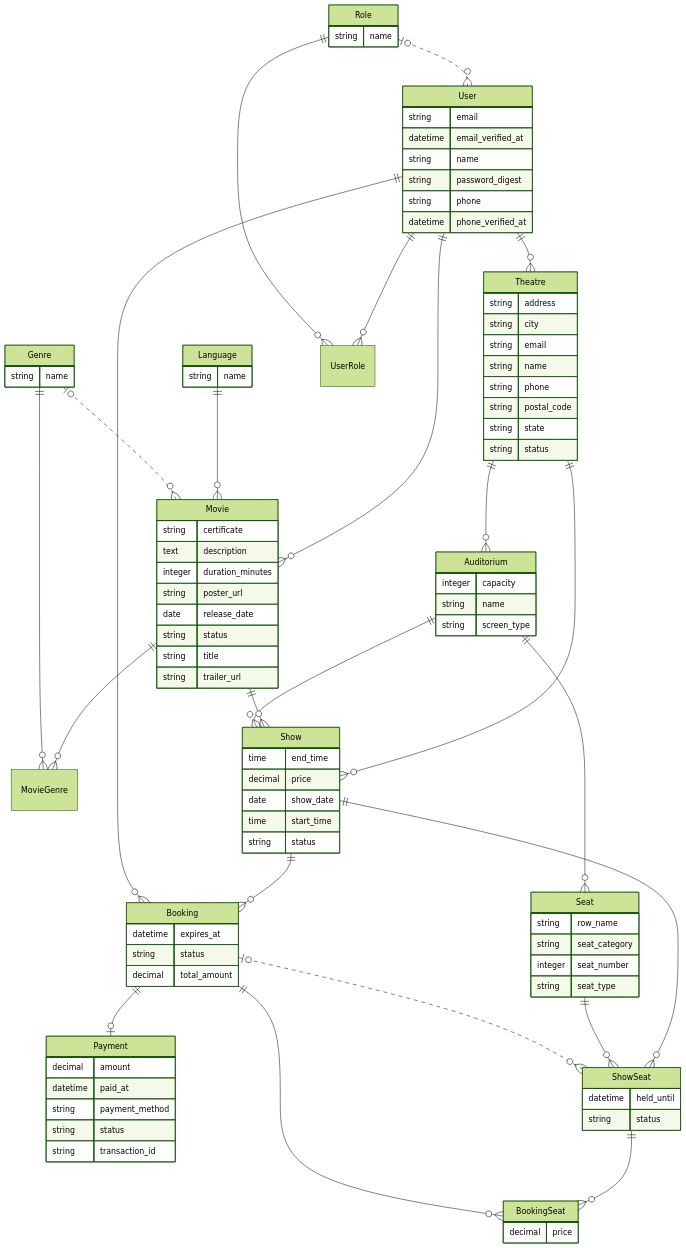
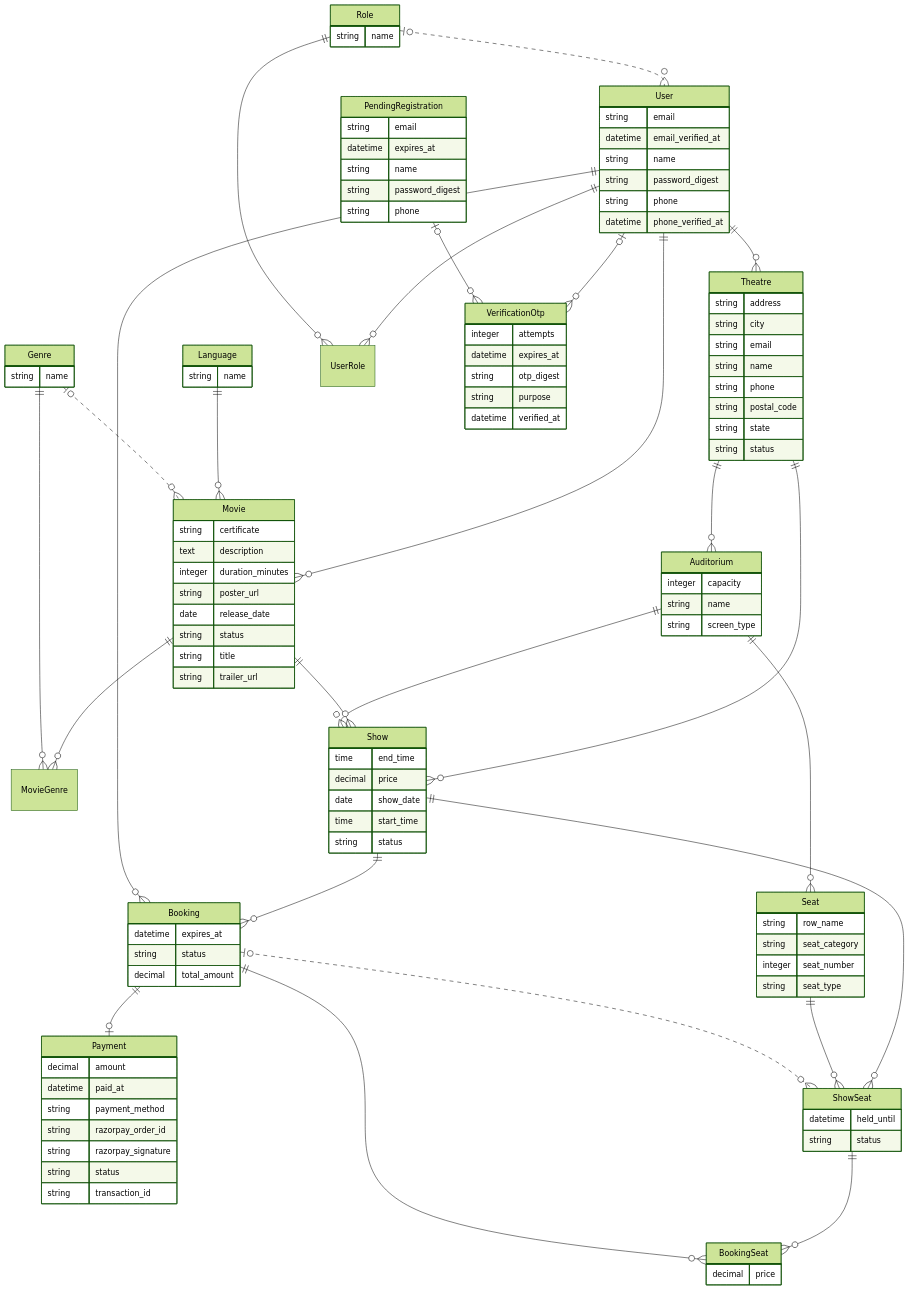
The diagram in erd.mmd (Tavish108/BookMyShow), drawn with Mermaid (forest theme) before and after one commit. The commit also changed 1 other file, not shown here.

```diff
--- a/erd.mmd
+++ b/erd.mmd
@@ -1,102 +1,120 @@
 erDiagram
 	direction TB
 	Auditorium {
 		integer capacity
 		string name
 		string screen_type
 	}
 	Booking {
 		datetime expires_at
 		string status
 		decimal total_amount
 	}
 	BookingSeat {
 		decimal price
 	}
 	Genre {
 		string name
 	}
 	Language {
 		string name
 	}
 	Movie {
 		string certificate
 		text description
 		integer duration_minutes
 		string poster_url
 		date release_date
 		string status
 		string title
 		string trailer_url
 	}
 	MovieGenre {
 	}
 	Payment {
 		decimal amount
 		datetime paid_at
 		string payment_method
+		string razorpay_order_id
+		string razorpay_signature
 		string status
 		string transaction_id
+	}
+	PendingRegistration {
+		string email
+		datetime expires_at
+		string name
+		string password_digest
+		string phone
 	}
 	Role {
 		string name
 	}
 	Seat {
 		string row_name
 		string seat_category
 		integer seat_number
 		string seat_type
 	}
 	Show {
 		time end_time
 		decimal price
 		date show_date
 		time start_time
 		string status
 	}
 	ShowSeat {
 		datetime held_until
 		string status
 	}
 	Theatre {
 		string address
 		string city
 		string email
 		string name
 		string phone
 		string postal_code
 		string state
 		string status
 	}
 	User {
 		string email
 		datetime email_verified_at
 		string name
 		string password_digest
 		string phone
 		datetime phone_verified_at
 	}
 	UserRole {
 	}
+	VerificationOtp {
+		integer attempts
+		datetime expires_at
+		string otp_digest
+		string purpose
+		datetime verified_at
+	}
 	Theatre ||--}o Auditorium : ""
 	Auditorium ||--}o Seat : ""
 	Auditorium ||--}o Show : ""
 	User ||--}o Booking : ""
 	Show ||--}o Booking : ""
 	Booking ||--}o BookingSeat : ""
 	Booking o|..}o ShowSeat : ""
 	Booking ||--|o Payment : ""
 	ShowSeat ||--}o BookingSeat : ""
 	Genre ||--}o MovieGenre : ""
 	Genre o|..}o Movie : ""
 	Language ||--}o Movie : ""
 	User ||--}o Movie : ""
 	Movie ||--}o MovieGenre : ""
 	Movie ||--}o Show : ""
+	PendingRegistration o|--}o VerificationOtp : ""
 	Role ||--}o UserRole : ""
 	Role o|..}o User : ""
 	Seat ||--}o ShowSeat : ""
 	Theatre ||--}o Show : ""
 	Show ||--}o ShowSeat : ""
 	User ||--}o Theatre : ""
 	User ||--}o UserRole : ""
+	User o|--}o VerificationOtp : ""
```
